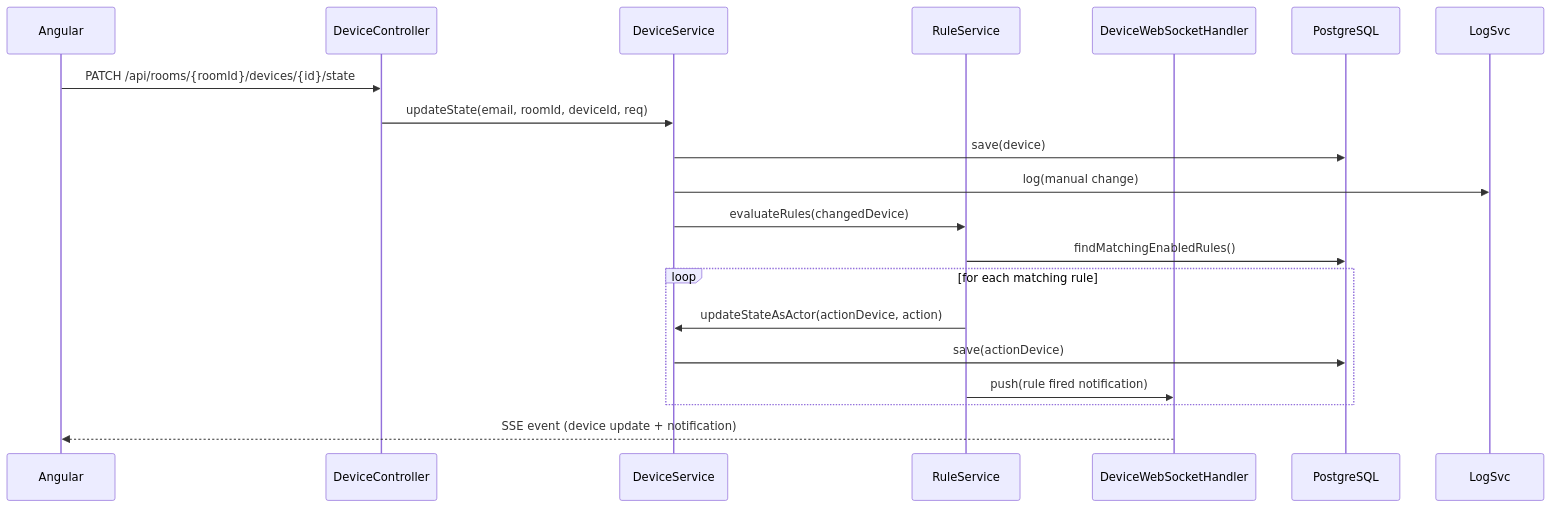
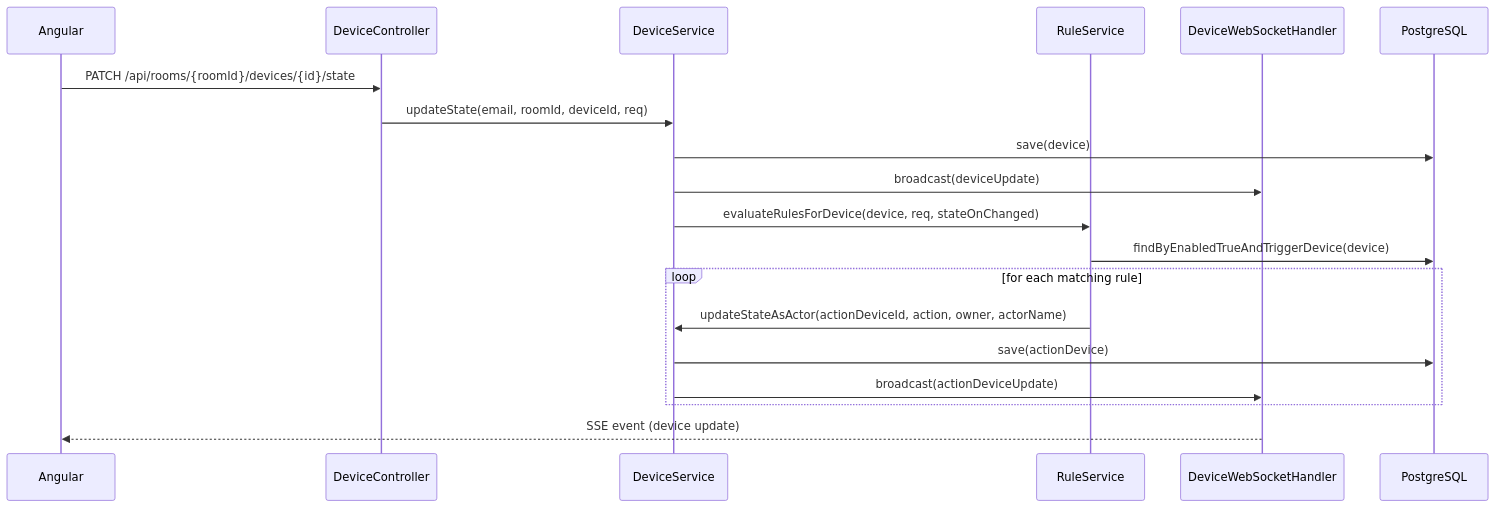
Before and after one commit to jku-win-se/teaching-2026.ss.prse.braeuer.team3: the second of 4 diagrams in ARCHITECTURE_UML.md, drawn with Mermaid. The commit also changed other lines of this file and 1 other file, not shown here.

Commit message:
#61 [0.5h] updatet architecture uml

````diff
--- a/ARCHITECTURE_UML.md
+++ b/ARCHITECTURE_UML.md
@@ -115,22 +119,22 @@
 ```mermaid
 sequenceDiagram
     participant FE as Angular
     participant DevCtrl as DeviceController
     participant DevSvc as DeviceService
     participant RuleSvc as RuleService
     participant SseCtrl as DeviceWebSocketHandler
     participant DB as PostgreSQL
 
     FE->>DevCtrl: PATCH /api/rooms/{roomId}/devices/{id}/state
     DevCtrl->>DevSvc: updateState(email, roomId, deviceId, req)
     DevSvc->>DB: save(device)
-    DevSvc->>LogSvc: log(manual change)
-    DevSvc->>RuleSvc: evaluateRules(changedDevice)
-    RuleSvc->>DB: findMatchingEnabledRules()
+    DevSvc->>SseCtrl: broadcast(deviceUpdate)
+    DevSvc->>RuleSvc: evaluateRulesForDevice(device, req, stateOnChanged)
+    RuleSvc->>DB: findByEnabledTrueAndTriggerDevice(device)
     loop for each matching rule
-        RuleSvc->>DevSvc: updateStateAsActor(actionDevice, action)
+        RuleSvc->>DevSvc: updateStateAsActor(actionDeviceId, action, owner, actorName)
         DevSvc->>DB: save(actionDevice)
-        RuleSvc->>SseCtrl: push(rule fired notification)
+        DevSvc->>SseCtrl: broadcast(actionDeviceUpdate)
     end
-    SseCtrl-->>FE: SSE event (device update + notification)
+    SseCtrl-->>FE: SSE event (device update)
 ```
````
